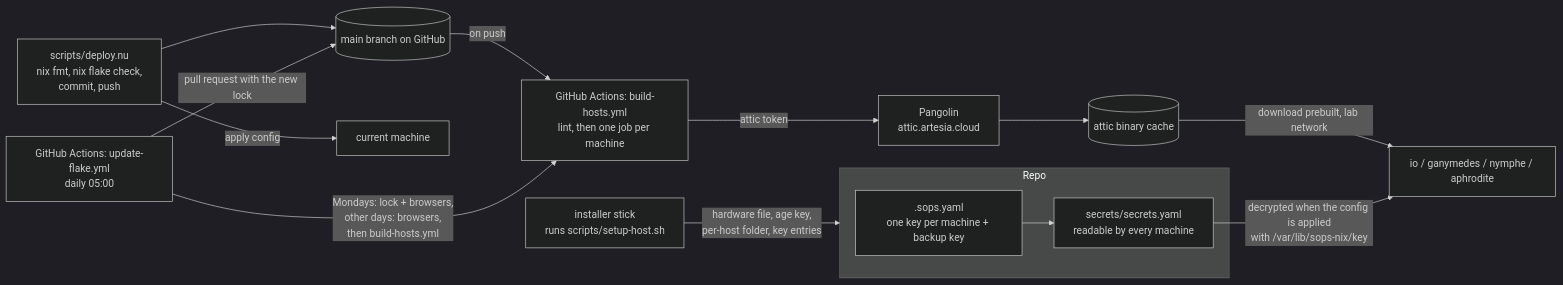
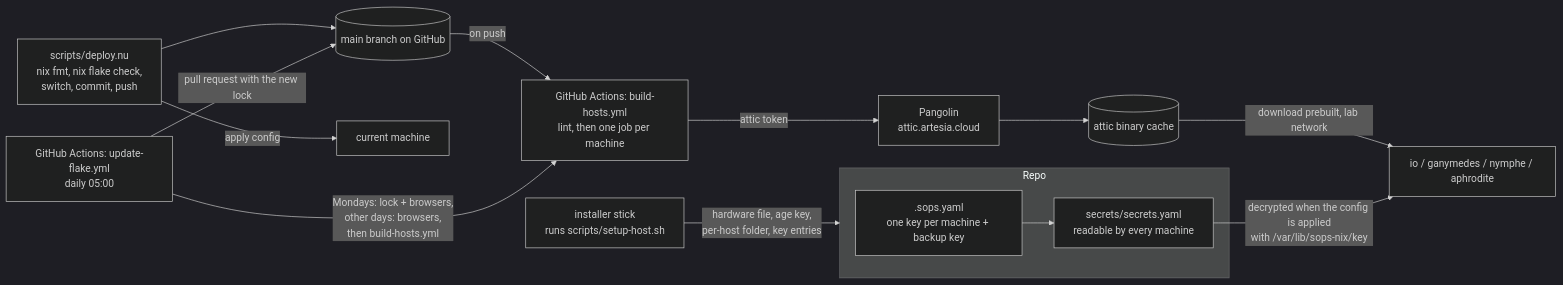
One commit to 68656c6c/celestial changed the second of 2 diagrams in docs/structure.md. Above: the diagram before and after it, drawn with Mermaid (dark theme). The commit also changed other lines of this file and 1 other file, not shown here.

````diff
--- a/docs/structure.md
+++ b/docs/structure.md
@@ -160,22 +96,22 @@
 ```mermaid
 flowchart LR
     subgraph repo["Repo"]
         sopscfg[".sops.yaml<br/>one key per machine + backup key"]
         secrets["secrets/secrets.yaml<br/>readable by every machine"]
         sopscfg --> secrets
     end
 
     setup["installer stick<br/>runs scripts/setup-host.sh"] -->|"hardware file, age key,<br/>per-host folder, key entries"| repo
 
-    deploy["scripts/deploy.nu<br/>nix fmt, nix flake check,<br/>commit, push"] --> main[("main branch on GitHub")]
+    deploy["scripts/deploy.nu<br/>nix fmt, nix flake check,<br/>switch, commit, push"] --> main[("main branch on GitHub")]
     deploy -->|"apply config"| local["current machine"]
 
     main -->|"on push"| ci["GitHub Actions: build-hosts.yml<br/>lint, then one job per machine"]
     ci -->|"attic token"| pangolin["Pangolin<br/>attic.artesia.cloud"]
     pangolin --> attic[("attic binary cache")]
     upd["GitHub Actions: update-flake.yml<br/>daily 05:00"] -->|"Mondays: lock + browsers,<br/>other days: browsers,<br/>then build-hosts.yml"| ci
     upd -->|"pull request with the new lock"| main
 
     attic -->|"download prebuilt, lab network"| hostsbox["io / ganymedes / nymphe / aphrodite"]
     secrets -->|"decrypted when the config is applied<br/>with /var/lib/sops-nix/key"| hostsbox
 ```
````
